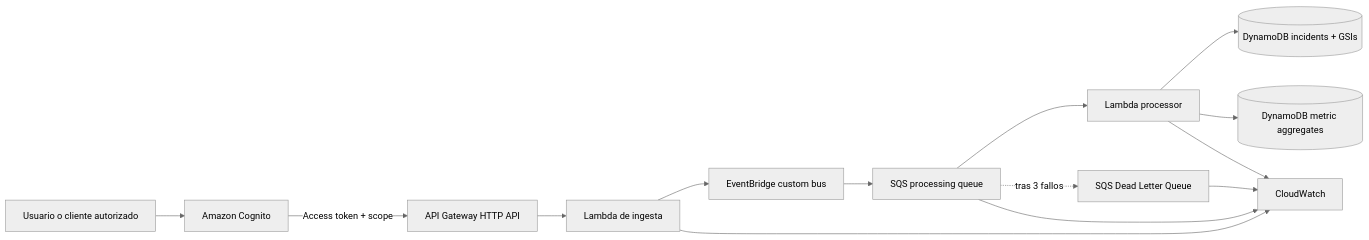
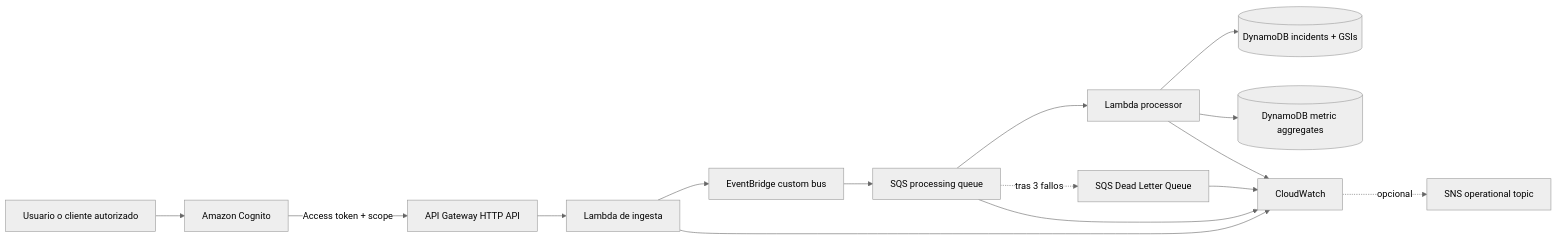
Before and after one commit to fermarfer1982/aws-cloudops-incident-hub: the first of 2 diagrams in README.md, drawn with Mermaid (neutral theme). The commit also changed other lines of this file and 13 other files, not shown here.

````diff
--- a/README.md
+++ b/README.md
@@ -36,16 +39,17 @@
 ```mermaid
 flowchart LR
     U[Usuario o cliente autorizado] --> COG[Amazon Cognito]
     COG -->|Access token + scope| API[API Gateway HTTP API]
     API --> L1[Lambda de ingesta]
     L1 --> EB[EventBridge custom bus]
     EB --> Q[SQS processing queue]
     Q --> L2[Lambda processor]
     Q -. tras 3 fallos .-> DLQ[SQS Dead Letter Queue]
     L2 --> INC[(DynamoDB incidents + GSIs)]
     L2 --> MET[(DynamoDB metric aggregates)]
     L1 --> CW[CloudWatch]
     L2 --> CW
     Q --> CW
     DLQ --> CW
+    CW -. opcional .-> SNS[SNS operational topic]
 ```
````
